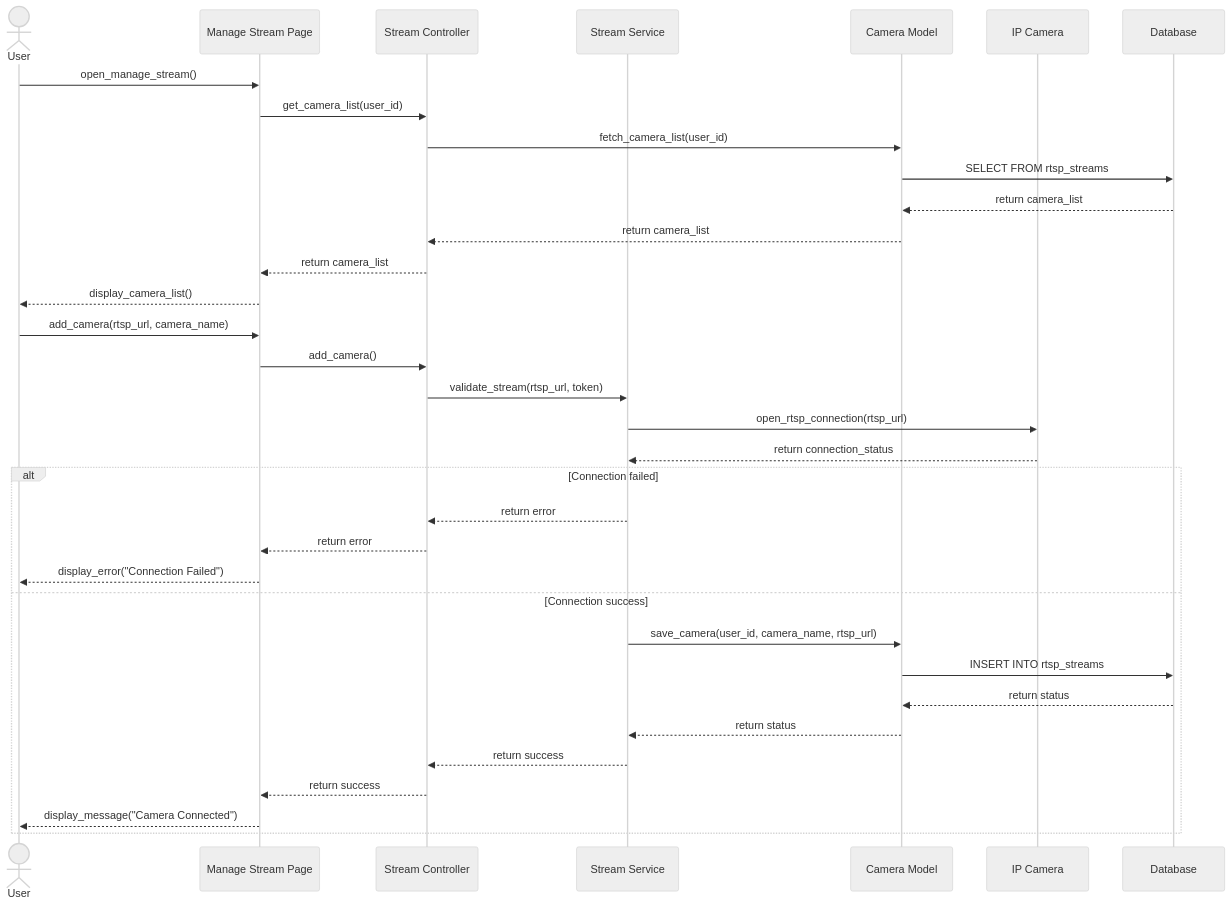
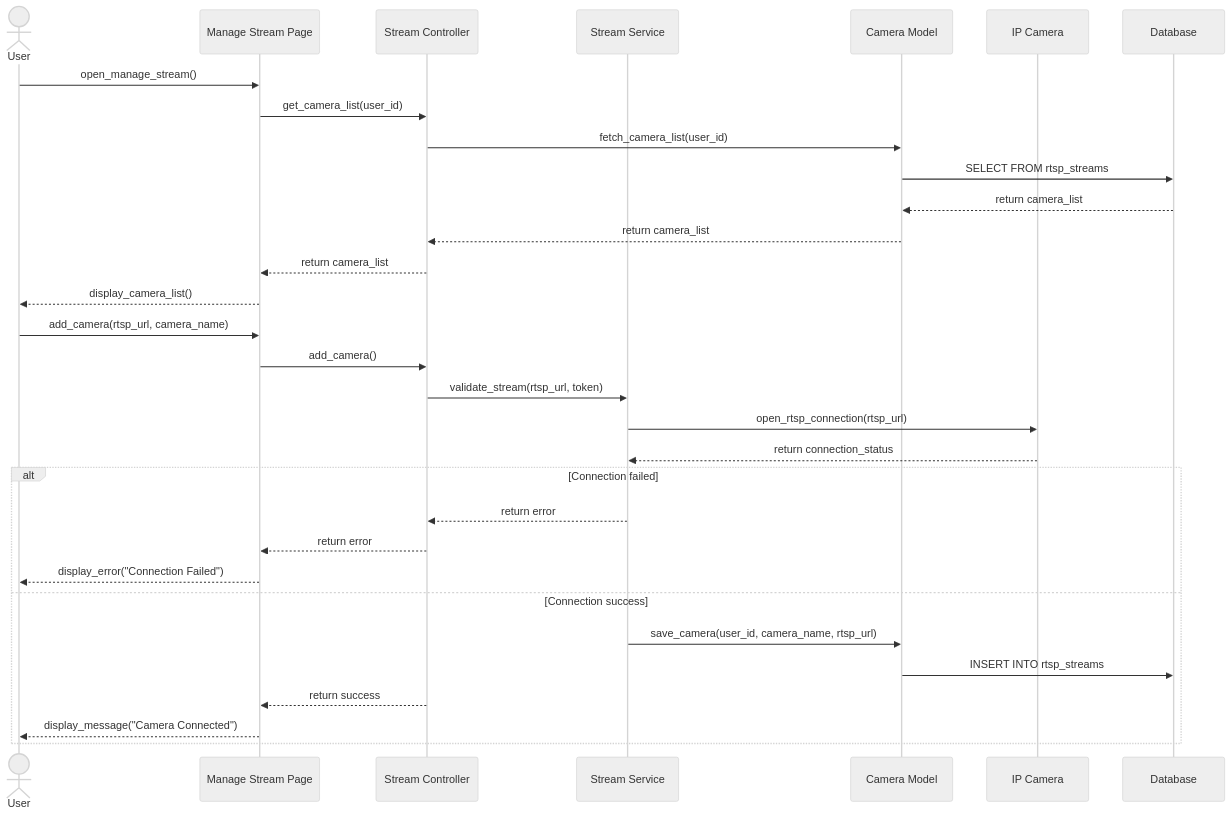
One commit to Tanaphat-Ken/ALPR-V2 changed diagram 12 of 20 in SYSTEM_DIAGRAMS.md. Above: the diagram before and after it, drawn with Mermaid (neutral theme). The commit also changed other lines of this file, not shown here.

First line of the commit message:
docs: trim sequence diagrams and split combined flows into separate diagrams

````diff
--- a/SYSTEM_DIAGRAMS.md
+++ b/SYSTEM_DIAGRAMS.md
@@ -493,39 +489,36 @@
 ```mermaid
 sequenceDiagram
     actor User
     participant StreamPage as Manage Stream Page
     participant StreamController as Stream Controller
     participant StreamService as Stream Service
     participant CameraModel as Camera Model
     participant CAM as IP Camera
     participant DB as Database
 
     User->>StreamPage: open_manage_stream()
     StreamPage->>StreamController: get_camera_list(user_id)
     StreamController->>CameraModel: fetch_camera_list(user_id)
     CameraModel->>DB: SELECT FROM rtsp_streams
     DB-->>CameraModel: return camera_list
     CameraModel-->>StreamController: return camera_list
     StreamController-->>StreamPage: return camera_list
     StreamPage-->>User: display_camera_list()
 
     User->>StreamPage: add_camera(rtsp_url, camera_name)
     StreamPage->>StreamController: add_camera()
     StreamController->>StreamService: validate_stream(rtsp_url, token)
     StreamService->>CAM: open_rtsp_connection(rtsp_url)
     CAM-->>StreamService: return connection_status
 
     alt Connection failed
         StreamService-->>StreamController: return error
         StreamController-->>StreamPage: return error
         StreamPage-->>User: display_error("Connection Failed")
     else Connection success
         StreamService->>CameraModel: save_camera(user_id, camera_name, rtsp_url)
         CameraModel->>DB: INSERT INTO rtsp_streams
-        DB-->>CameraModel: return status
-        CameraModel-->>StreamService: return status
-        StreamService-->>StreamController: return success
         StreamController-->>StreamPage: return success
         StreamPage-->>User: display_message("Camera Connected")
     end
 ```
````
